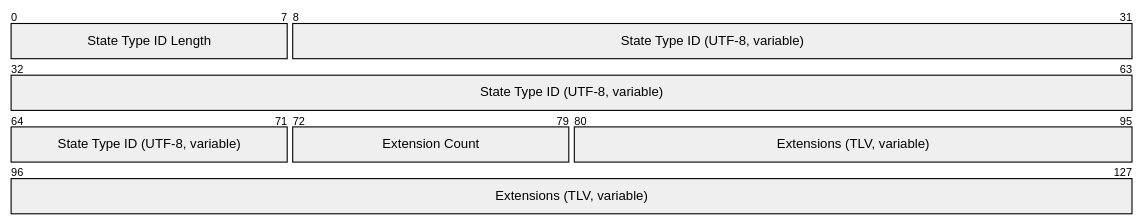
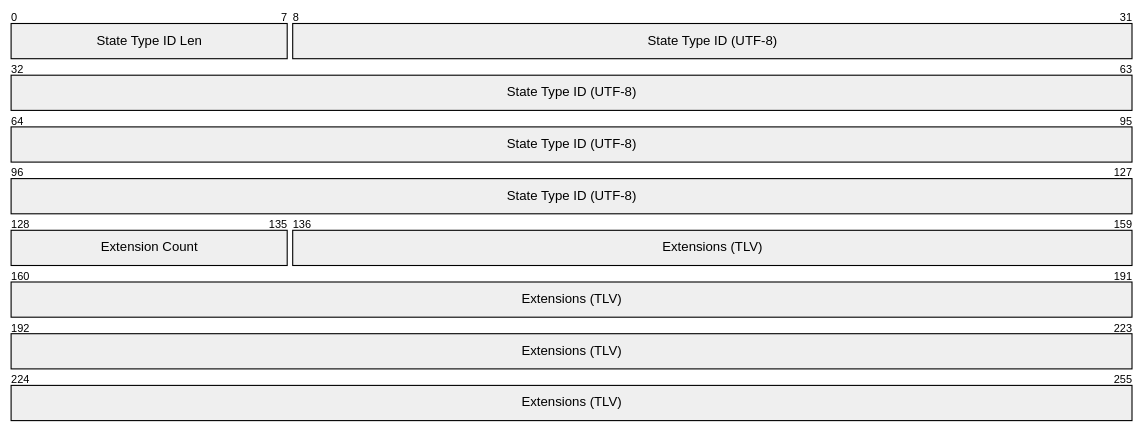
The second of 6 diagrams in specs/SECURITY.md (DanEscher98/nomad-specs), drawn with Mermaid before and after one commit. The commit also changed other lines of this file and 5 other files, not shown here.

First line of the commit message:
fix: convert packet-beta to packet with +count syntax

````diff
--- a/specs/SECURITY.md
+++ b/specs/SECURITY.md
@@ -70,7 +70,7 @@
 ```mermaid
-packet-beta
-  0-7: "State Type ID Length"
-  8-71: "State Type ID (UTF-8, variable)"
-  72-79: "Extension Count"
-  80-127: "Extensions (TLV, variable)"
+packet
+  +8: "State Type ID Len"
+  +120: "State Type ID (UTF-8)"
+  +8: "Extension Count"
+  +120: "Extensions (TLV)"
 ```
````
